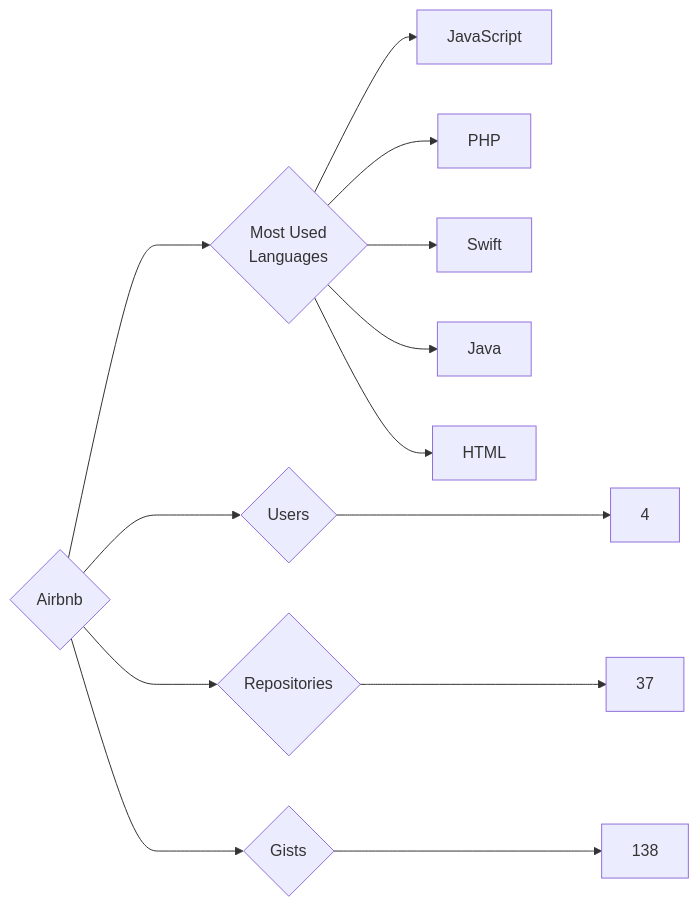
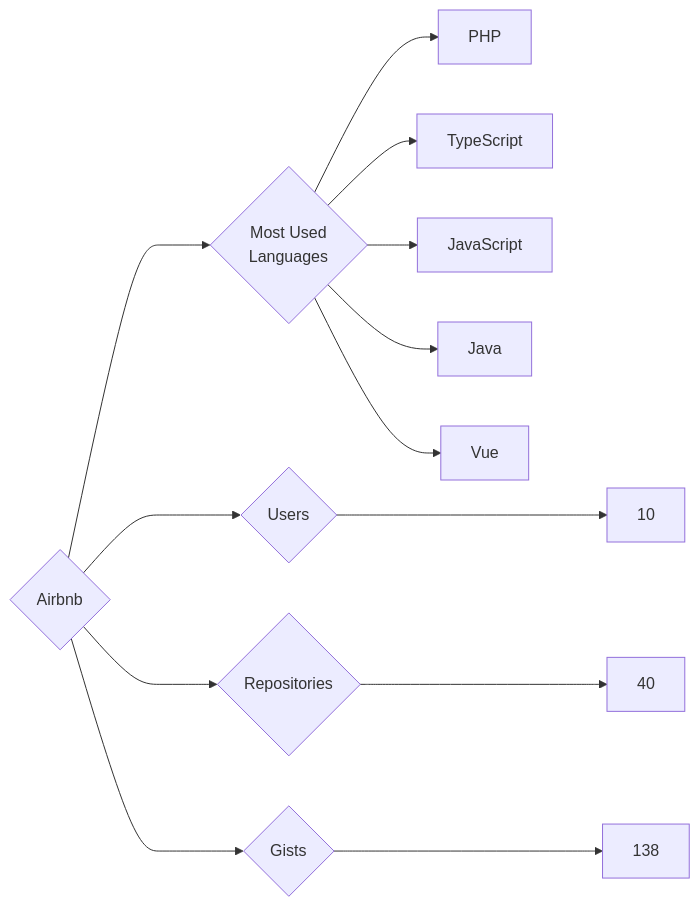
Before and after one commit to trickest/insiders: the diagram in targets/Airbnb/README.md, drawn with Mermaid. The commit also changed 1055 other files, not shown here.

````diff
--- a/targets/Airbnb/README.md
+++ b/targets/Airbnb/README.md
@@ -3,13 +3,13 @@
 ```mermaid
 graph LR
 COMPANY_NAME{Airbnb}
-COMPANY_NAME ---> U{Users} ---> UN[4]
-COMPANY_NAME ---> R{Repositories} ---> RN[37]
+COMPANY_NAME ---> U{Users} ---> UN[10]
+COMPANY_NAME ---> R{Repositories} ---> RN[40]
 COMPANY_NAME ---> G{Gists} ---> GN[138]
 COMPANY_NAME ---> ML{Most Used<br>Languages}
+ML --> PHP[PHP]
+ML --> TypeScript[TypeScript]
 ML --> JavaScript[JavaScript]
-ML --> PHP[PHP]
-ML --> Swift[Swift]
 ML --> Java[Java]
-ML --> HTML[HTML]
+ML --> Vue[Vue]
 ```
````
